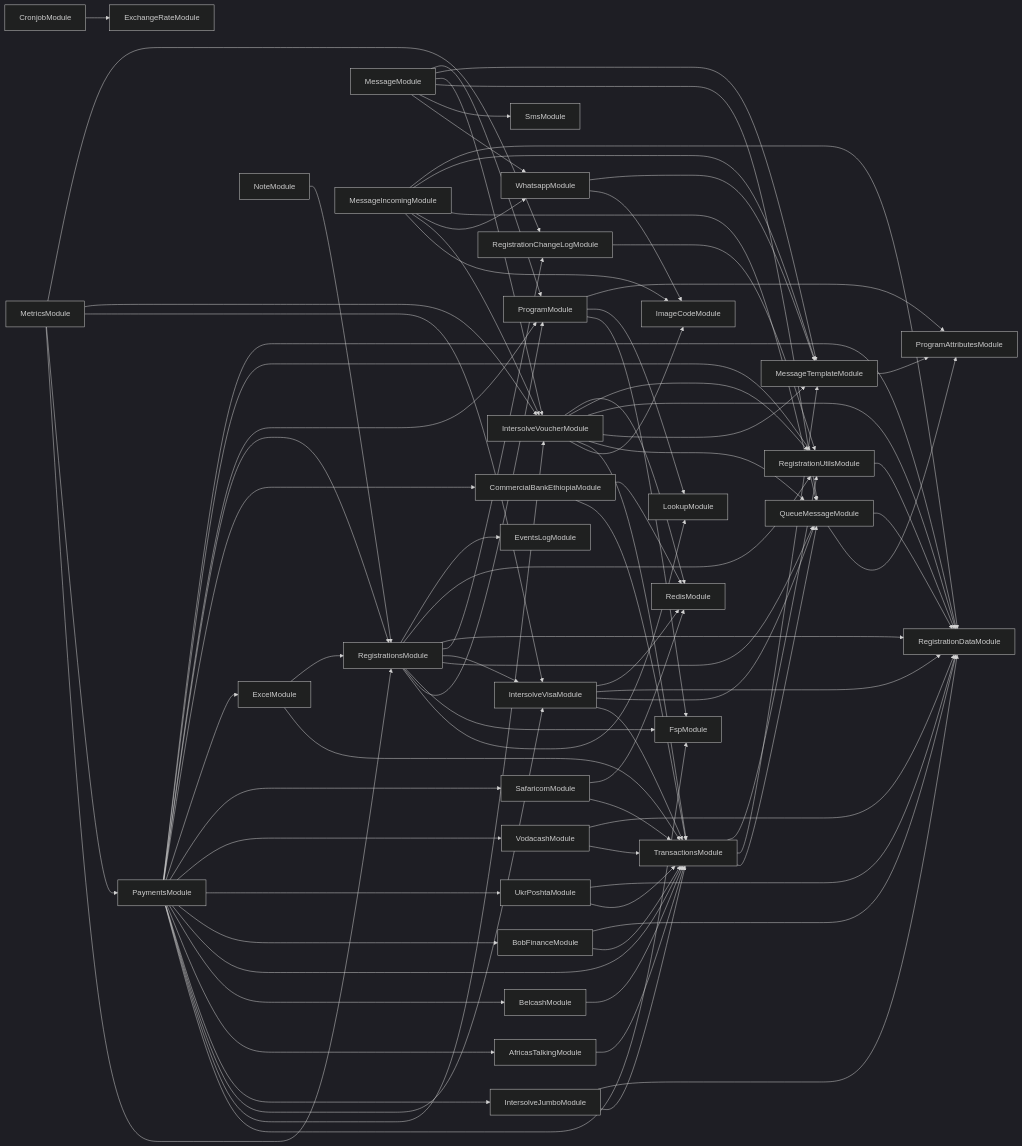
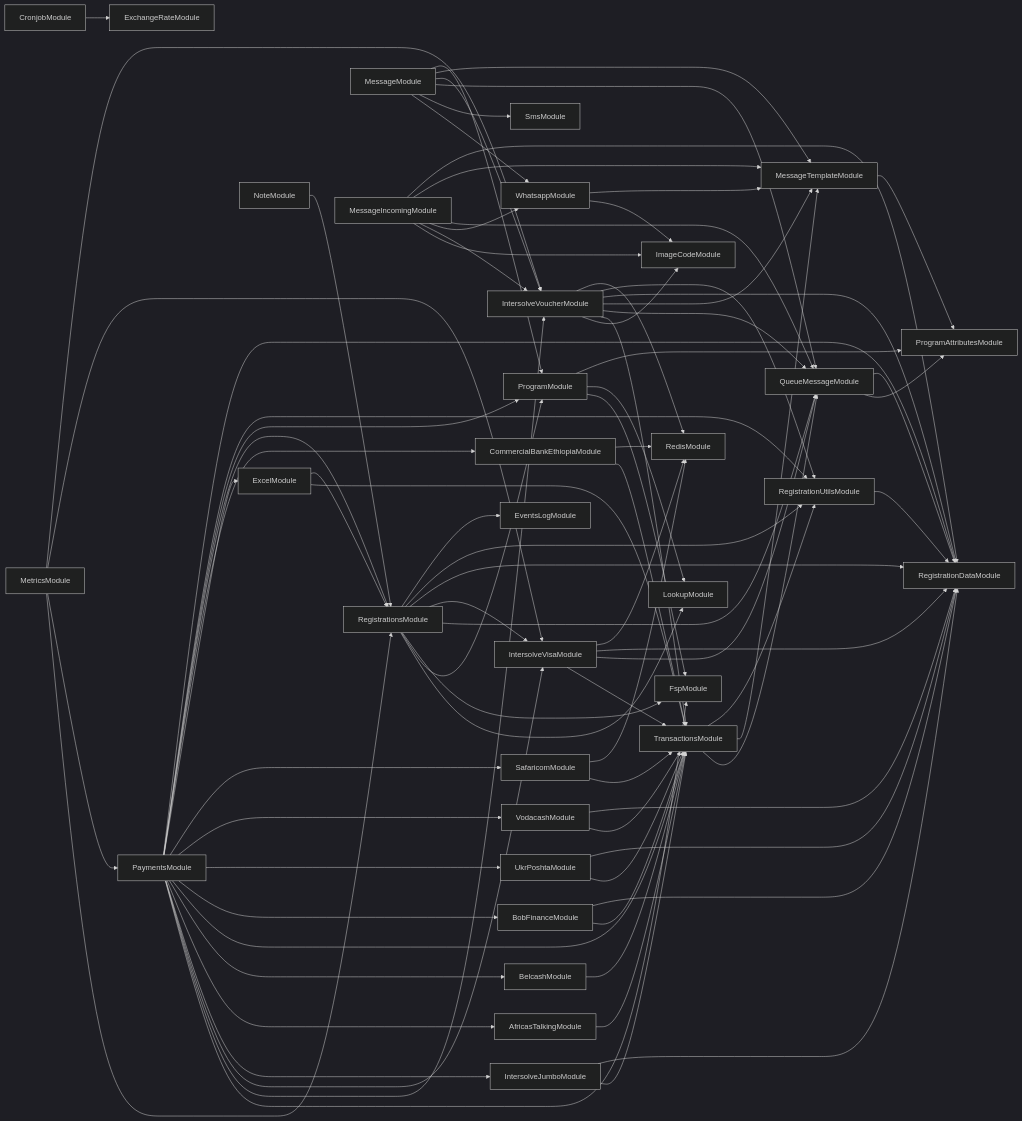
Before and after one commit to global-121/121-platform: the diagram in services/121-service/module-dependencies.md, drawn with Mermaid (dark theme). The commit also changed 11 other files, not shown here.

```diff
--- a/services/121-service/module-dependencies.md
+++ b/services/121-service/module-dependencies.md
@@ -22,8 +22,6 @@
   IntersolveVisaModule-->QueueMessageModule
   IntersolveVisaModule-->RegistrationDataModule
   IntersolveVisaModule-->RedisModule
-  RegistrationsModule-->RegistrationChangeLogModule
-  RegistrationChangeLogModule-->RegistrationUtilsModule
   RegistrationsModule-->RegistrationDataModule
   RegistrationsModule-->RegistrationUtilsModule
   RegistrationsModule-->EventsLogModule
@@ -79,7 +77,6 @@
   PaymentsModule-->RegistrationDataModule
   MetricsModule-->IntersolveVisaModule
   MetricsModule-->IntersolveVoucherModule
-  MetricsModule-->RegistrationChangeLogModule
   MessageIncomingModule-->ImageCodeModule
   MessageIncomingModule-->IntersolveVoucherModule
   MessageIncomingModule-->WhatsappModule
```
